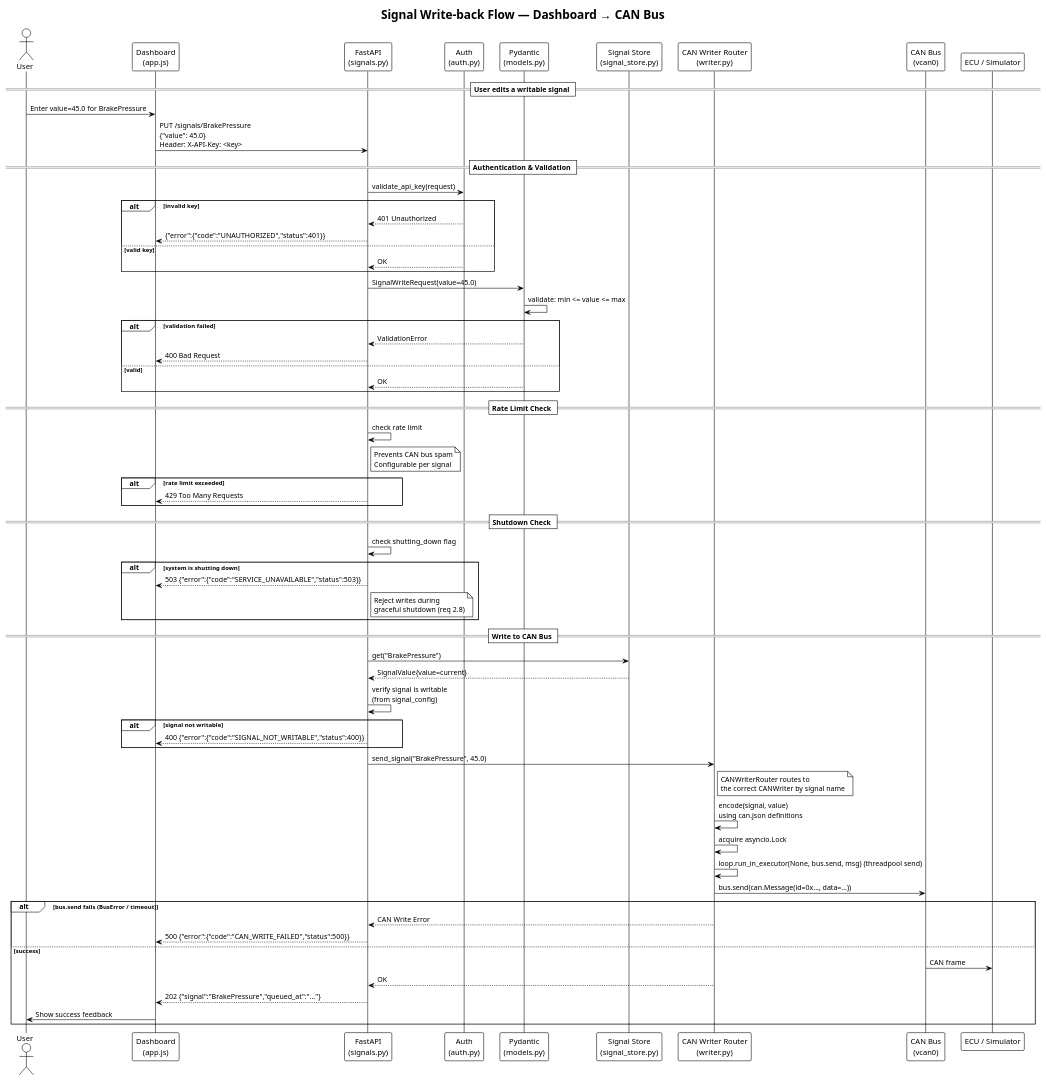
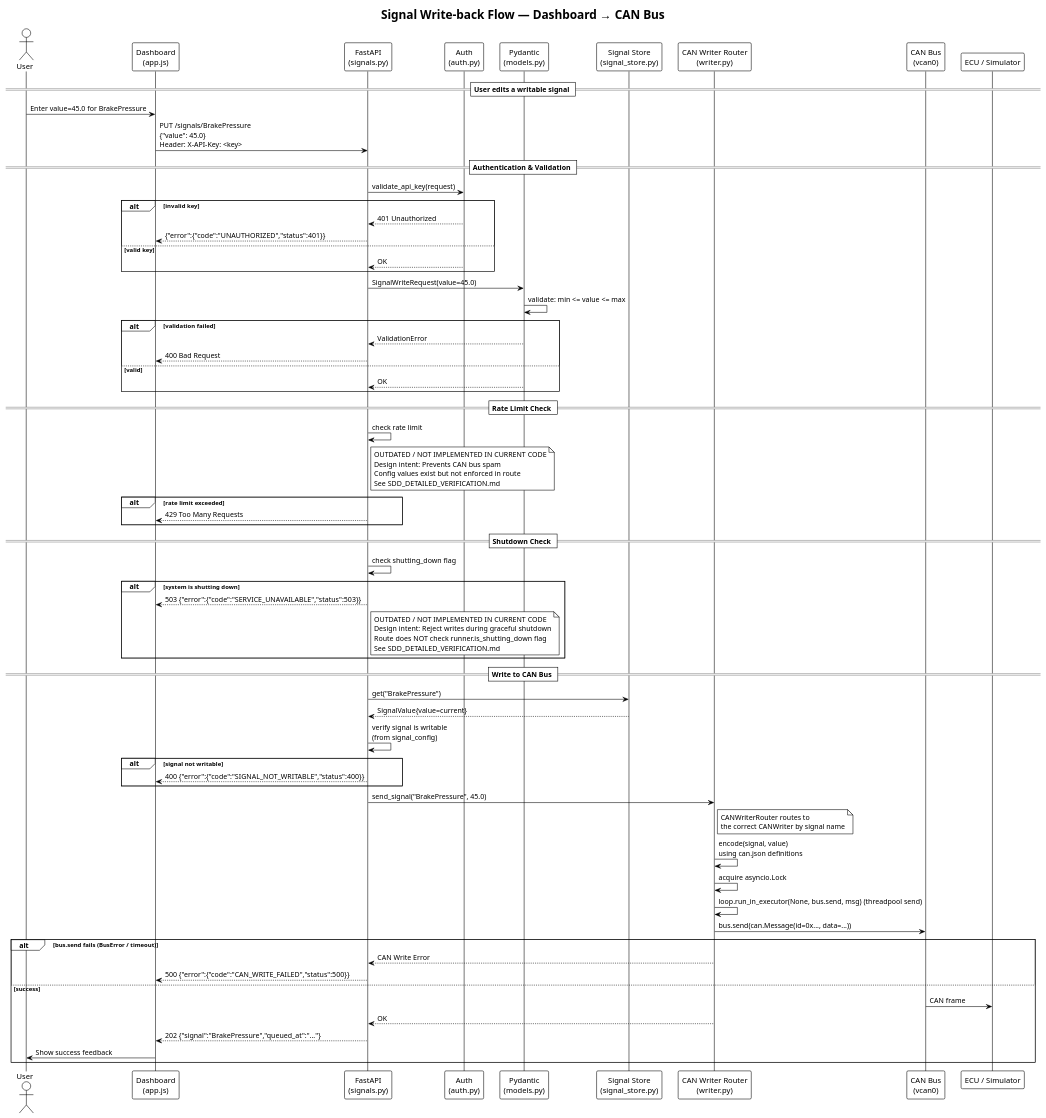
One commit to 3tdn/car-hmi changed the diagram in diagram/SDD/SDD_sequence_signal_write.puml. Above: the diagram before and after it, drawn with PlantUML. The commit also changed 9 other files, not shown here.

Commit message:
update SAD and SDD sequence diagrams (part 2)

```diff
--- a/diagram/SDD/SDD_sequence_signal_write.puml
+++ b/diagram/SDD/SDD_sequence_signal_write.puml
@@ -2,86 +2,89 @@
 @startuml
 !theme plain
 title Signal Write-back Flow — Dashboard → CAN Bus
 
 actor "User" as user
 participant "Dashboard\n(app.js)" as dash
 participant "FastAPI\n(signals.py)" as api
 participant "Auth\n(auth.py)" as auth
 participant "Pydantic\n(models.py)" as model
 participant "Signal Store\n(signal_store.py)" as store
 participant "CAN Writer Router\n(writer.py)" as writer
 participant "CAN Bus\n(vcan0)" as bus
 participant "ECU / Simulator" as ecu
 
 == User edits a writable signal ==
 user -> dash : Enter value=45.0 for BrakePressure
 dash -> api : PUT /signals/BrakePressure\n{"value": 45.0}\nHeader: X-API-Key: <key>
 
 == Authentication & Validation ==
 api -> auth : validate_api_key(request)
 alt invalid key
     auth --> api : 401 Unauthorized
     api --> dash : {"error":{"code":"UNAUTHORIZED","status":401}}
 else valid key
     auth --> api : OK
 end
 
 api -> model : SignalWriteRequest(value=45.0)
 model -> model : validate: min <= value <= max
 alt validation failed
     model --> api : ValidationError
     api --> dash : 400 Bad Request
 else valid
     model --> api : OK
 end
 
 == Rate Limit Check ==
 api -> api : check rate limit
 note right of api
-  Prevents CAN bus spam
-  Configurable per signal
+  OUTDATED / NOT IMPLEMENTED IN CURRENT CODE
+  Design intent: Prevents CAN bus spam
+  Config values exist but not enforced in route
+  See SDD_DETAILED_VERIFICATION.md
 end note
 alt rate limit exceeded
     api --> dash : 429 Too Many Requests
 end
 
 == Shutdown Check ==
 api -> api : check shutting_down flag
 alt system is shutting down
     api --> dash : 503 {"error":{"code":"SERVICE_UNAVAILABLE","status":503}}
     note right of api
-      Reject writes during
-      graceful shutdown (req 2.8)
+      OUTDATED / NOT IMPLEMENTED IN CURRENT CODE
+      Design intent: Reject writes during graceful shutdown
+      Route does NOT check runner.is_shutting_down flag
+      See SDD_DETAILED_VERIFICATION.md
     end note
 end
-
 == Write to CAN Bus ==
 api -> store : get("BrakePressure")
 store --> api : SignalValue{value=current}
 api -> api : verify signal is writable\n(from signal_config)
 alt signal not writable
     api --> dash : 400 {"error":{"code":"SIGNAL_NOT_WRITABLE","status":400}}
 end
 
 api -> writer : send_signal("BrakePressure", 45.0)
 note right of writer
   CANWriterRouter routes to
   the correct CANWriter by signal name
 end note
 
 writer -> writer : encode(signal, value)\nusing can.json definitions
 writer -> writer : acquire asyncio.Lock
 writer -> writer : loop.run_in_executor(None, bus.send, msg) (threadpool send)
 
 writer -> bus : bus.send(can.Message(id=0x..., data=...))
 alt bus.send fails (BusError / timeout)
     writer --> api : CAN Write Error
     api --> dash : 500 {"error":{"code":"CAN_WRITE_FAILED","status":500}}
 else success
     bus -> ecu : CAN frame
     writer --> api : OK
     api --> dash : 202 {"signal":"BrakePressure","queued_at":"..."}
     dash -> user : Show success feedback
 end
 
 @enduml
```
